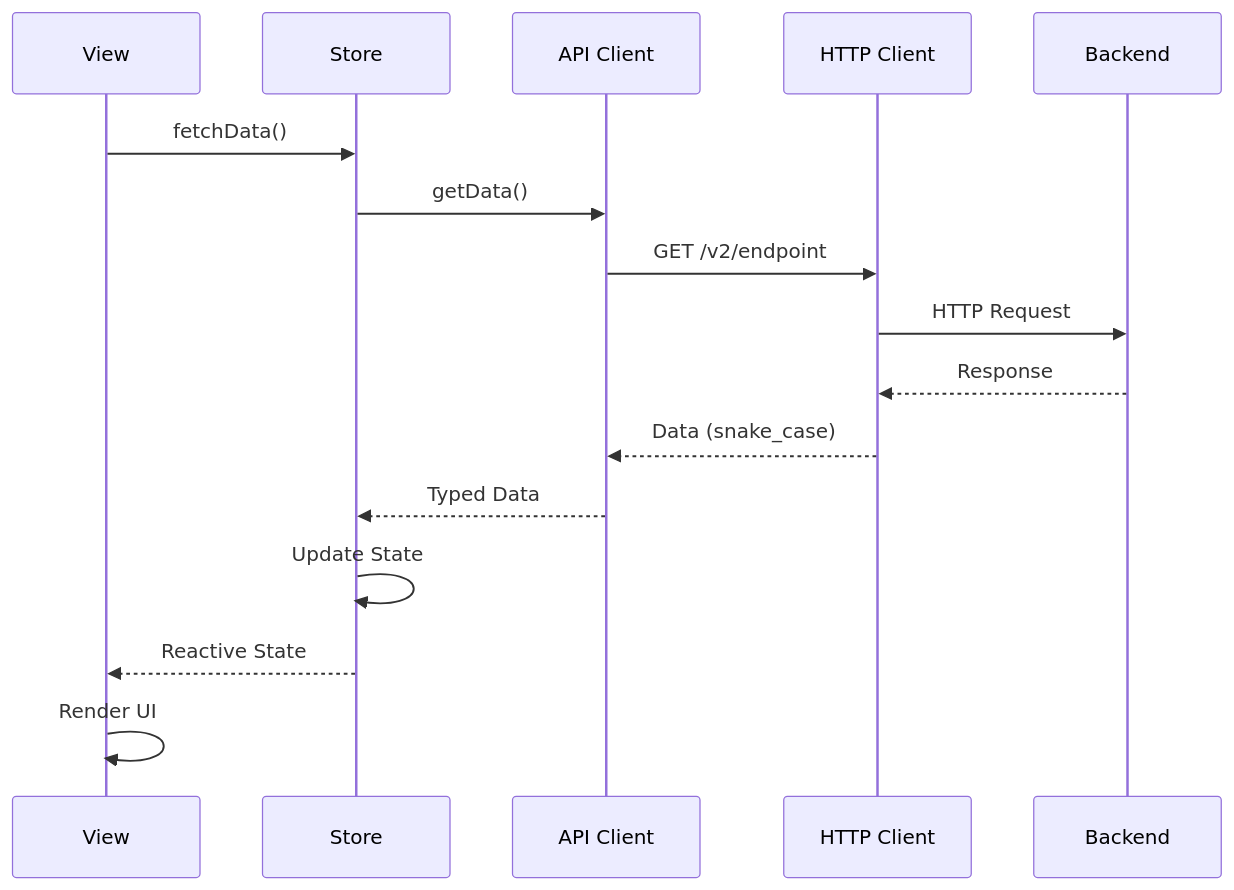
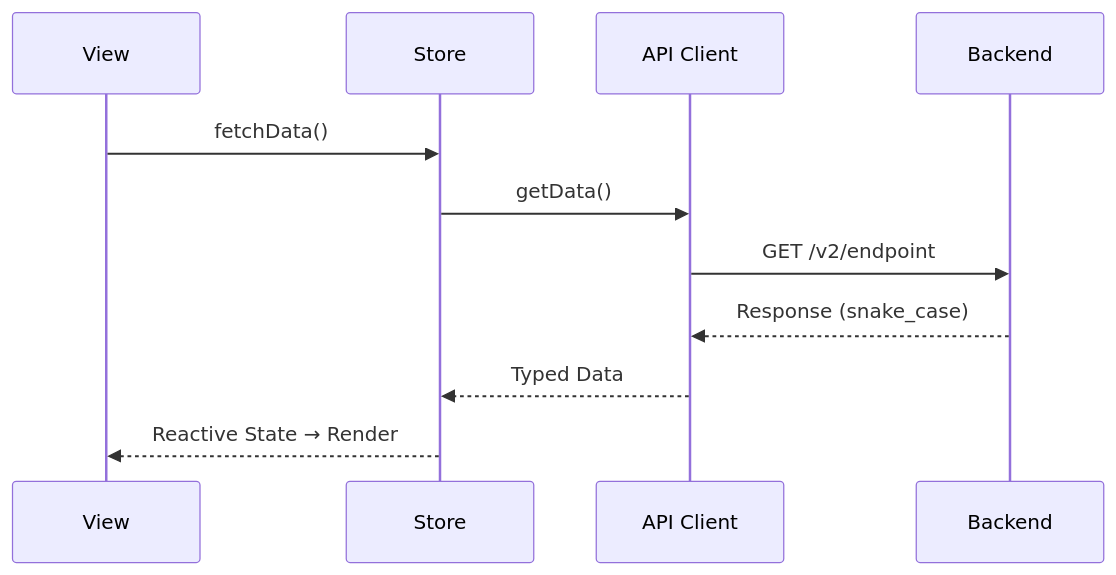
The second of 3 diagrams in docs/frontend/ARCHITECTURE.md (fabian-martinez/collaborative-saving), drawn with Mermaid before and after one commit. The commit also changed other lines of this file and 16 other files, not shown here.

````diff
--- a/docs/frontend/ARCHITECTURE.md
+++ b/docs/frontend/ARCHITECTURE.md
@@ -75,19 +56,14 @@
 ```mermaid
 sequenceDiagram
     participant V as View
     participant S as Store
     participant A as API Client
-    participant H as HTTP Client
     participant B as Backend
     
     V->>S: fetchData()
     S->>A: getData()
-    A->>H: GET /v2/endpoint
-    H->>B: HTTP Request
-    B-->>H: Response
-    H-->>A: Data (snake_case)
+    A->>B: GET /v2/endpoint
+    B-->>A: Response (snake_case)
     A-->>S: Typed Data
-    S->>S: Update State
-    S-->>V: Reactive State
-    V->>V: Render UI
+    S-->>V: Reactive State → Render
 ```
````
